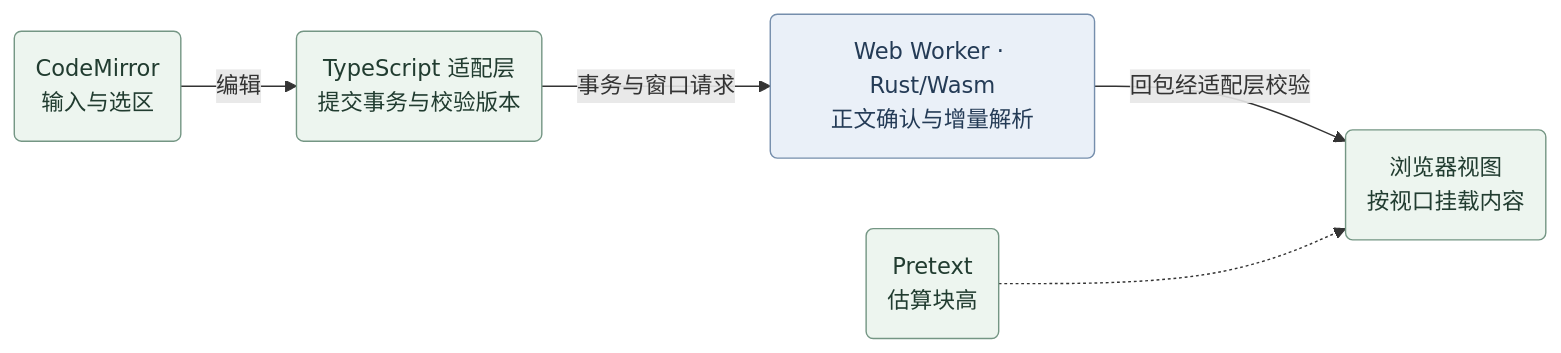
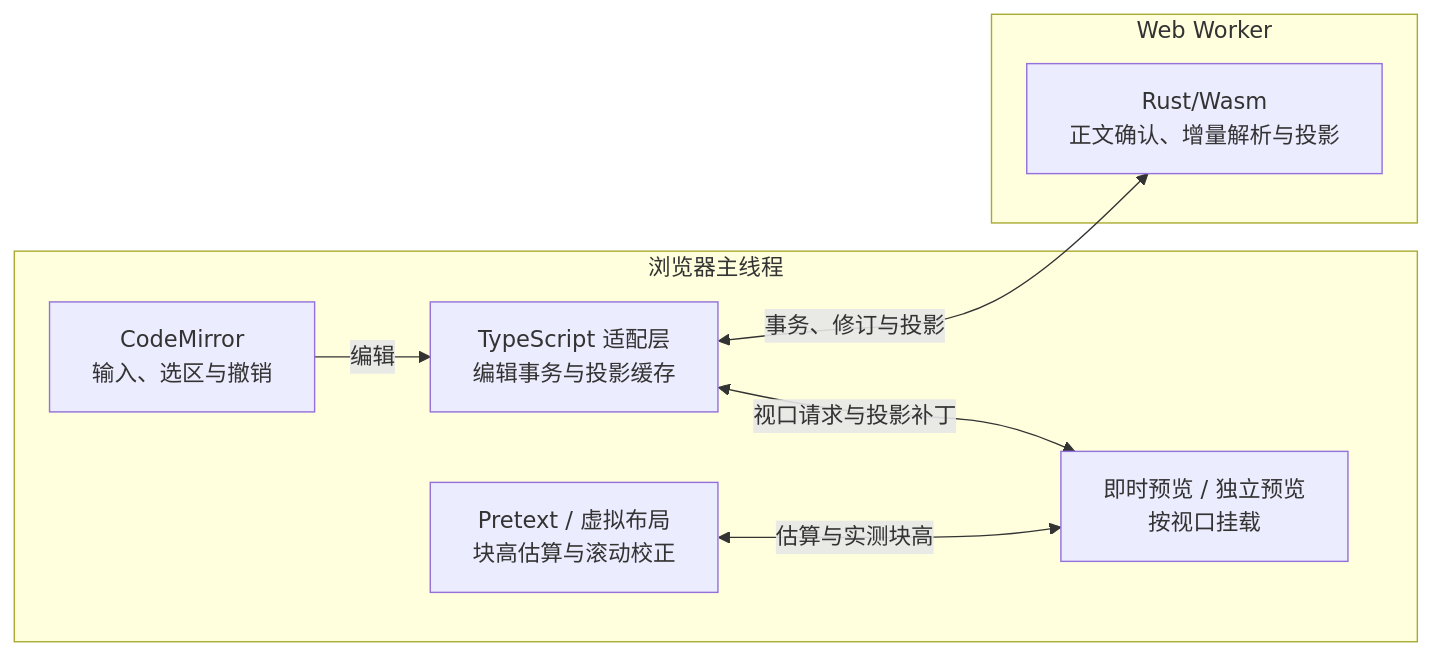
One commit to lin037/jot-md-engine changed the first of 2 diagrams in README.md. Above: the diagram before and after it, drawn with Mermaid. The commit also changed other lines of this file, not shown here.

Commit message:
Show editor architecture as connected subsystems

````diff
--- a/README.md
+++ b/README.md
@@ -51,12 +51,19 @@
 ```mermaid
 flowchart LR
-    Input("CodeMirror<br/>输入与选区") -->|编辑| Session("TypeScript 适配层<br/>提交事务与校验版本")
-    Session -->|事务与窗口请求| Engine("Web Worker · Rust/Wasm<br/>正文确认与增量解析")
-    Engine -->|回包经适配层校验| View("浏览器视图<br/>按视口挂载内容")
-    Estimate("Pretext<br/>估算块高") -.-> View
+    subgraph Main["浏览器主线程"]
+        Input["CodeMirror<br/>输入、选区与撤销"]
+        Session["TypeScript 适配层<br/>编辑事务与投影缓存"]
+        View["即时预览 / 独立预览<br/>按视口挂载"]
+        Layout["Pretext / 虚拟布局<br/>块高估算与滚动校正"]
 
-    classDef browser fill:#edf5ef,stroke:#749684,color:#213c30
-    classDef background fill:#eaf0f8,stroke:#758eac,color:#243b56
-    class Input,Session,View,Estimate browser
-    class Engine background
+        Input -->|编辑| Session
+        Session <-->|视口请求与投影补丁| View
+        Layout <-->|估算与实测块高| View
+    end
+
+    subgraph Worker["Web Worker"]
+        Engine["Rust/Wasm<br/>正文确认、增量解析与投影"]
+    end
+
+    Session <-->|事务、修订与投影| Engine
 ```
````
